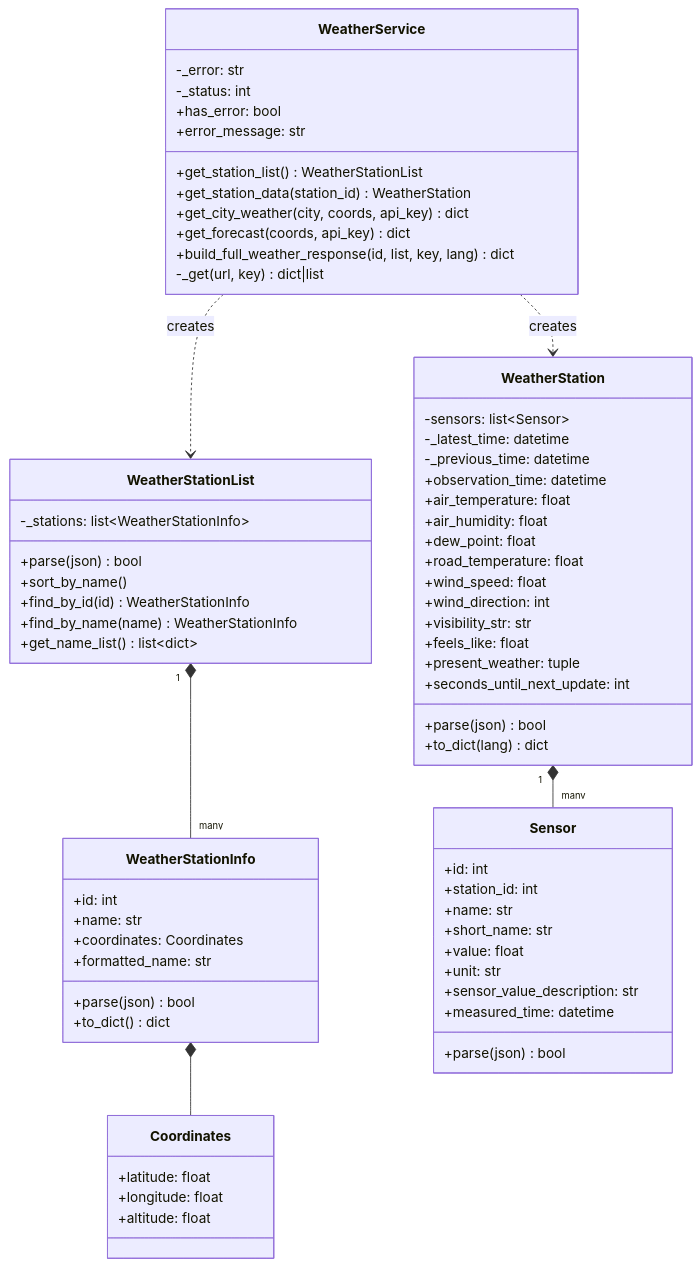
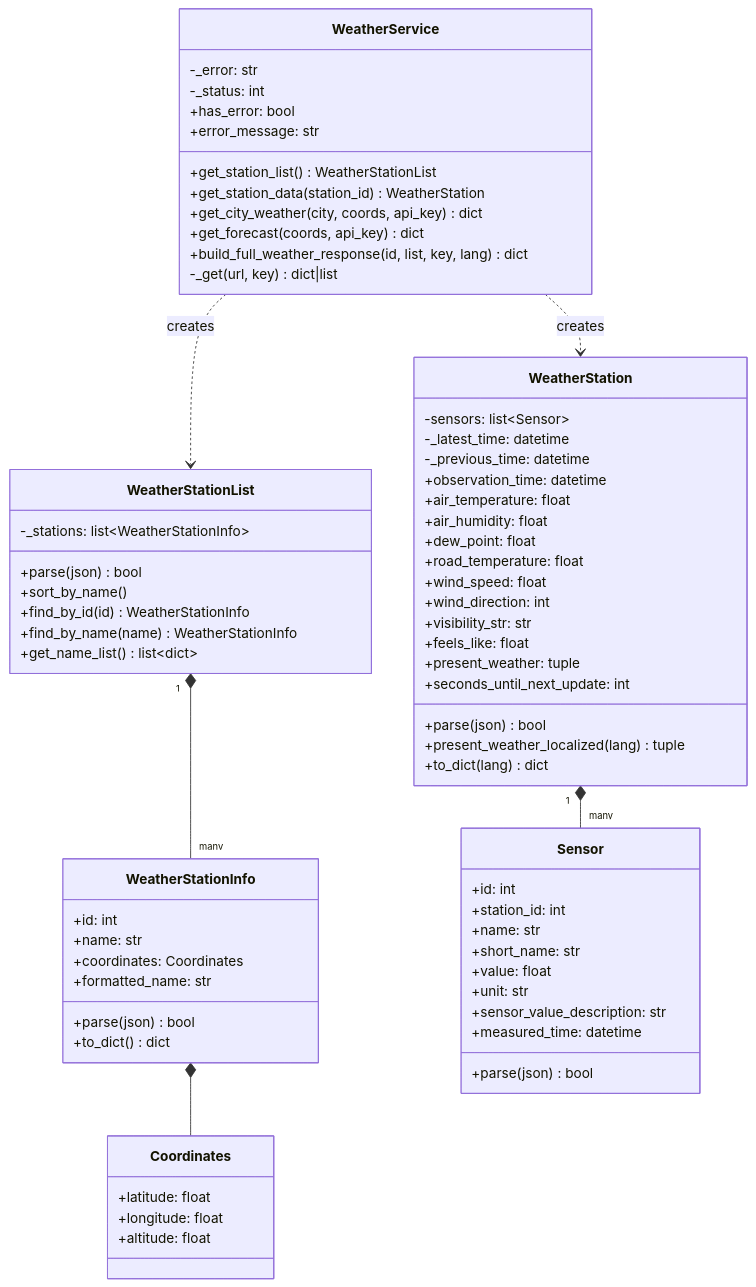
The second of 10 diagrams in docs/ARCHITECTURE.md (jjankkil/weatherview-django), drawn with Mermaid before and after one commit. The commit also changed other lines of this file and 4 other files, not shown here.

````diff
--- a/docs/ARCHITECTURE.md
+++ b/docs/ARCHITECTURE.md
@@ -89,76 +89,77 @@
 ```mermaid
 classDiagram
     class WeatherService {
         -_error: str
         -_status: int
         +has_error: bool
         +error_message: str
         +get_station_list() WeatherStationList
         +get_station_data(station_id) WeatherStation
         +get_city_weather(city, coords, api_key) dict
         +get_forecast(coords, api_key) dict
         +build_full_weather_response(id, list, key, lang) dict
         -_get(url, key) dict|list
     }
 
     class WeatherStationList {
         -_stations: list~WeatherStationInfo~
         +parse(json) bool
         +sort_by_name()
         +find_by_id(id) WeatherStationInfo
         +find_by_name(name) WeatherStationInfo
         +get_name_list() list~dict~
     }
 
     class WeatherStationInfo {
         +id: int
         +name: str
         +coordinates: Coordinates
         +formatted_name: str
         +parse(json) bool
         +to_dict() dict
     }
 
     class Coordinates {
         +latitude: float
         +longitude: float
         +altitude: float
     }
 
     class WeatherStation {
         -sensors: list~Sensor~
         -_latest_time: datetime
         -_previous_time: datetime
         +parse(json) bool
         +observation_time: datetime
         +air_temperature: float
         +air_humidity: float
         +dew_point: float
         +road_temperature: float
         +wind_speed: float
         +wind_direction: int
         +visibility_str: str
         +feels_like: float
         +present_weather: tuple
+        +present_weather_localized(lang) tuple
         +seconds_until_next_update: int
         +to_dict(lang) dict
     }
 
     class Sensor {
         +id: int
         +station_id: int
         +name: str
         +short_name: str
         +value: float
         +unit: str
         +sensor_value_description: str
         +measured_time: datetime
         +parse(json) bool
     }
 
     WeatherService ..> WeatherStationList : creates
     WeatherService ..> WeatherStation : creates
     WeatherStationList "1" *-- "many" WeatherStationInfo
     WeatherStationInfo *-- Coordinates
     WeatherStation "1" *-- "many" Sensor
 ```
````
